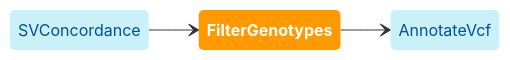
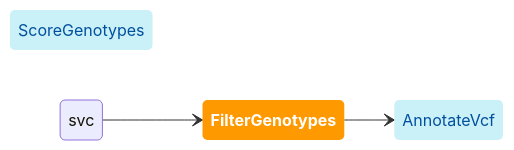
The diagram in website/docs/modules/filter_genotypes.md (broadinstitute/gatk-sv), drawn with Mermaid before and after one commit. The commit also changed other lines of this file and 28 other files, not shown here.

````diff
--- a/website/docs/modules/filter_genotypes.md
+++ b/website/docs/modules/filter_genotypes.md
@@ -23,19 +17,19 @@
 ```mermaid
 
 stateDiagram
   direction LR
   
   classDef inModules stroke-width:0px,fill:#caf0f8,color:#00509d
   classDef thisModule font-weight:bold,stroke-width:0px,fill:#ff9900,color:white
   classDef outModules stroke-width:0px,fill:#caf0f8,color:#00509d
 
-  svc: SVConcordance
+  sg: ScoreGenotypes
   fg: FilterGenotypes
   avcf: AnnotateVcf
   svc --> fg
   fg --> avcf
   
   class fg thisModule
-  class svc inModules
+  class sg inModules
   class avcf outModules
 ```
````
